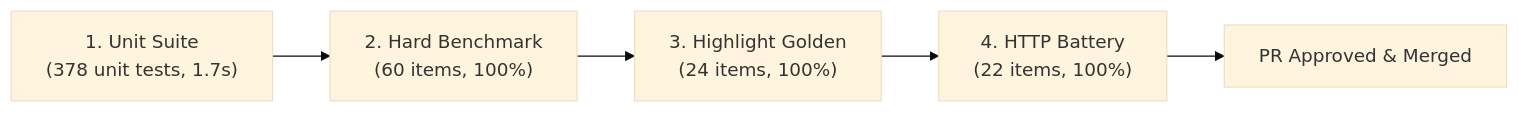
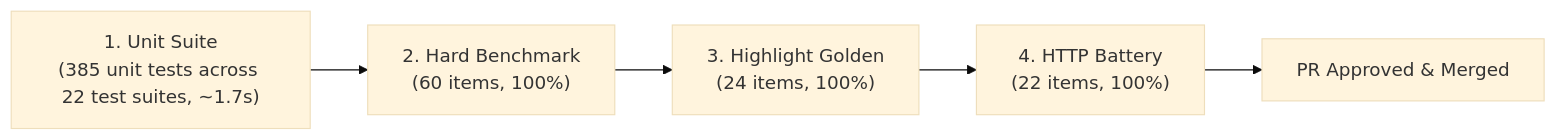
The fourth of 5 diagrams in docs/ENGINEERING_AND_BENCHMARKS.md (Skufu/NekoHon), drawn with Mermaid (base theme) before and after one commit. The commit also changed other lines of this file and 34 other files, not shown here.

````diff
--- a/docs/ENGINEERING_AND_BENCHMARKS.md
+++ b/docs/ENGINEERING_AND_BENCHMARKS.md
@@ -269,7 +296,7 @@
 ```mermaid
 flowchart LR
-    Unit["1. Unit Suite<br/>(378 unit tests, 1.7s)"] --> Hard["2. Hard Benchmark<br/>(60 items, 100%)"]
+    Unit["1. Unit Suite<br/>(385 unit tests across 22 test suites, ~1.7s)"] --> Hard["2. Hard Benchmark<br/>(60 items, 100%)"]
     Hard --> High["3. Highlight Golden<br/>(24 items, 100%)"]
     High --> Batt["4. HTTP Battery<br/>(22 items, 100%)"]
     Batt --> PR["PR Approved &amp; Merged"]
 ```
````
